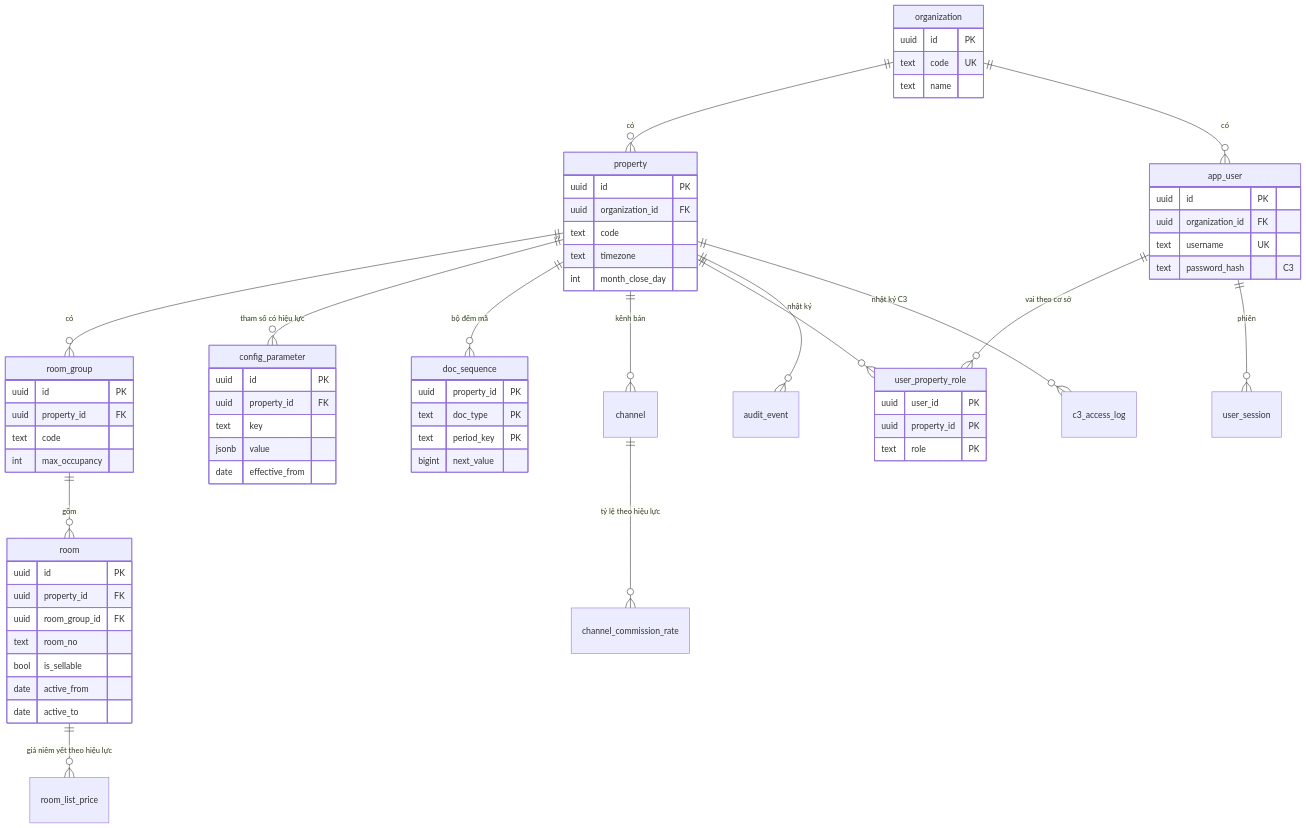
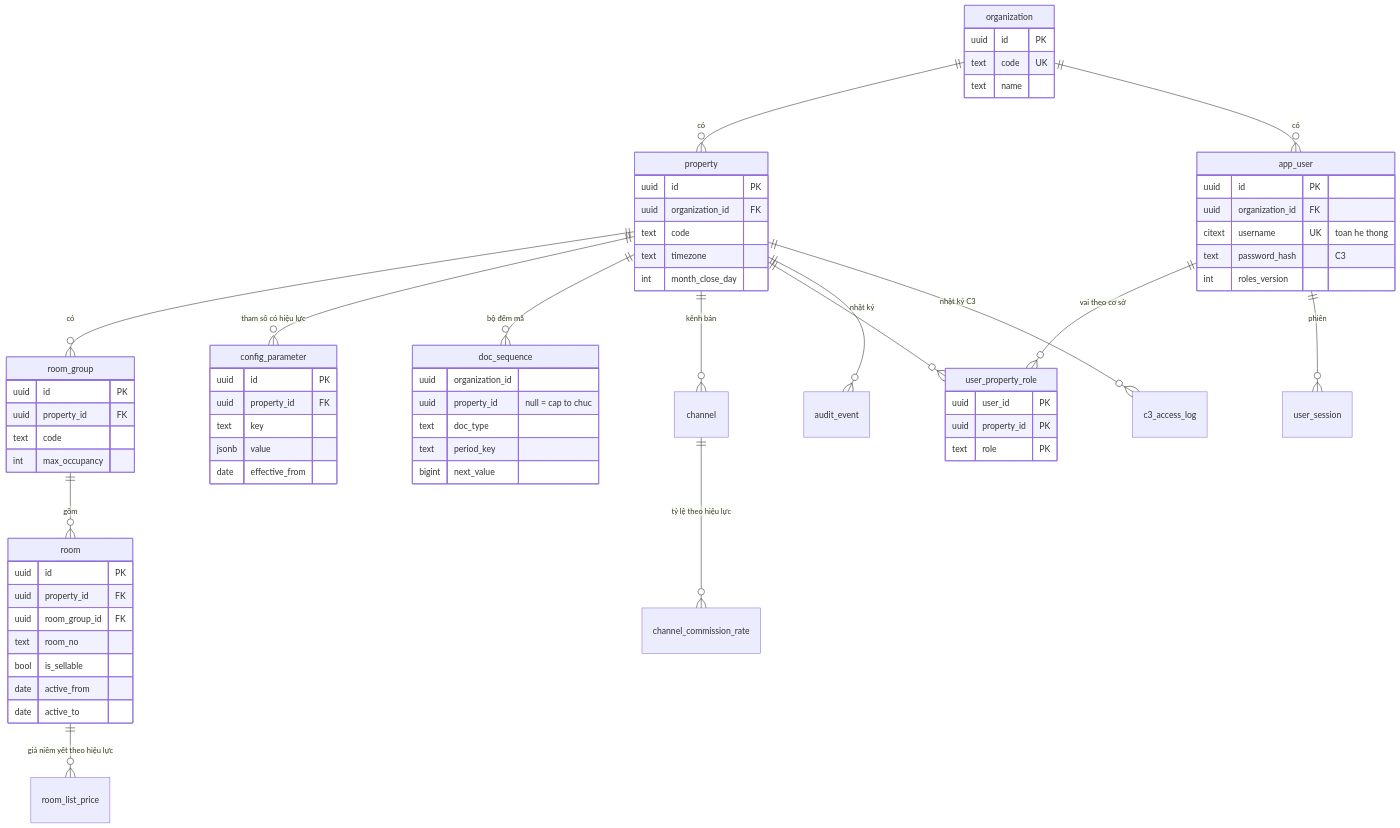
One commit to anhvh93-tech/ottimo-hotel-app-public changed the first of 6 diagrams in product/docs/erd.md. Above: the diagram before and after it, drawn with Mermaid. The commit also changed other lines of this file and 47 other files, not shown here.

````diff
--- a/product/docs/erd.md
+++ b/product/docs/erd.md
@@ -116,60 +116,62 @@
 ```mermaid
 erDiagram
   organization ||--o{ property : "có"
   organization ||--o{ app_user : "có"
   property ||--o{ room_group : "có"
   room_group ||--o{ room : "gồm"
   room ||--o{ room_list_price : "giá niêm yết theo hiệu lực"
   property ||--o{ config_parameter : "tham số có hiệu lực"
   property ||--o{ doc_sequence : "bộ đếm mã"
   property ||--o{ channel : "kênh bán"
   channel ||--o{ channel_commission_rate : "tỷ lệ theo hiệu lực"
   app_user ||--o{ user_property_role : "vai theo cơ sở"
   property ||--o{ user_property_role : ""
   app_user ||--o{ user_session : "phiên"
   property ||--o{ audit_event : "nhật ký"
   property ||--o{ c3_access_log : "nhật ký C3"
   organization {
     uuid id PK
     text code UK
     text name }
   property {
     uuid id PK
     uuid organization_id FK
     text code
     text timezone
     int month_close_day }
   room_group {
     uuid id PK
     uuid property_id FK
     text code
     int max_occupancy }
   room {
     uuid id PK
     uuid property_id FK
     uuid room_group_id FK
     text room_no
     bool is_sellable
     date active_from
     date active_to }
   config_parameter {
     uuid id PK
     uuid property_id FK
     text key
     jsonb value
     date effective_from }
   doc_sequence {
-    uuid property_id PK
-    text doc_type PK
-    text period_key PK
+    uuid organization_id
+    uuid property_id "null = cap to chuc"
+    text doc_type
+    text period_key
     bigint next_value }
   app_user {
     uuid id PK
     uuid organization_id FK
-    text username UK
-    text password_hash "C3" }
+    citext username UK "toan he thong"
+    text password_hash "C3"
+    int roles_version }
   user_property_role {
     uuid user_id PK
     uuid property_id PK
     text role PK }
 ```
````
